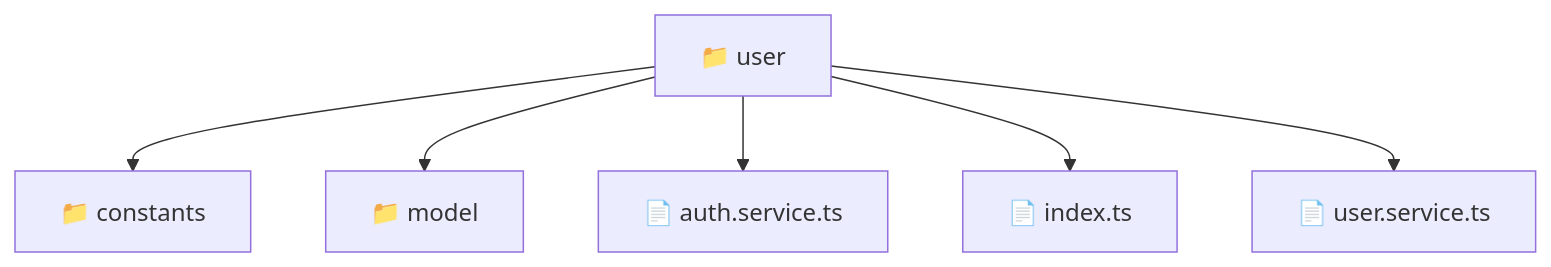
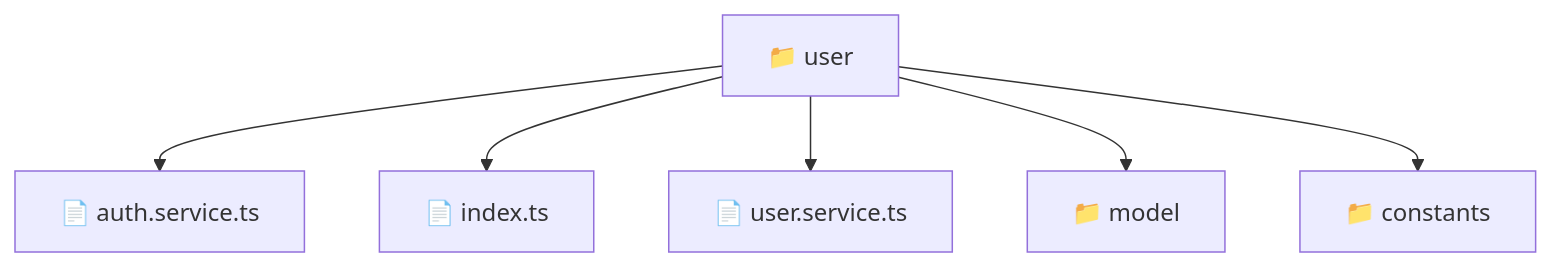
One commit to beginwebdev2002/fullstack-mavluda changed the diagram in frontend/src/entities/user/README.md. Above: the diagram before and after it, drawn with Mermaid. The commit also changed other lines of this file and 164 other files, not shown here.

First line of the commit message:
docs: generate robust autonomous architectural documentation

````diff
--- a/frontend/src/entities/user/README.md
+++ b/frontend/src/entities/user/README.md
@@ -11,9 +11,9 @@
 ```mermaid
 graph TD
-  Root["📁 user"]
-  Root --> constants["📁 constants"]
-  Root --> model["📁 model"]
-  Root --> auth_service_ts["📄 auth.service.ts"]
-  Root --> index_ts["📄 index.ts"]
-  Root --> user_service_ts["📄 user.service.ts"]
+    f_user["📁 user"]
+    f_user --> f_auth_service_ts["📄 auth.service.ts"]
+    f_user --> f_index_ts["📄 index.ts"]
+    f_user --> f_user_service_ts["📄 user.service.ts"]
+    f_user --> f_model["📁 model"]
+    f_user --> f_constants["📁 constants"]
 ```
````
